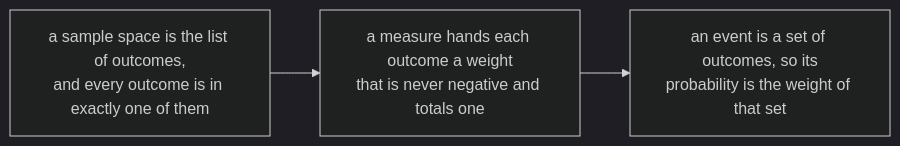
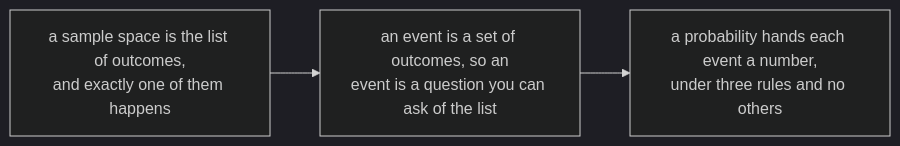
Before and after one commit to konradcinkusz/math-for-ai-engineers: the diagram in figures/mermaid/en/p23-space-and-measure.mmd, drawn with Mermaid (dark theme). The commit also changed 21 other files, not shown here.

```diff
--- a/figures/mermaid/en/p23-space-and-measure.mmd
+++ b/figures/mermaid/en/p23-space-and-measure.mmd
@@ -1,4 +1,4 @@
 flowchart LR
-  A["a sample space is the list of outcomes,<br/>and every outcome is in exactly one of them"]
-  A --> B["a measure hands each outcome a weight<br/>that is never negative and totals one"]
-  B --> C["an event is a set of outcomes, so its<br/>probability is the weight of that set"]
+  A["a sample space is the list of outcomes,<br/>and exactly one of them happens"]
+  A --> B["an event is a set of outcomes, so an<br/>event is a question you can ask of the list"]
+  B --> C["a probability hands each event a number,<br/>under three rules and no others"]
```
